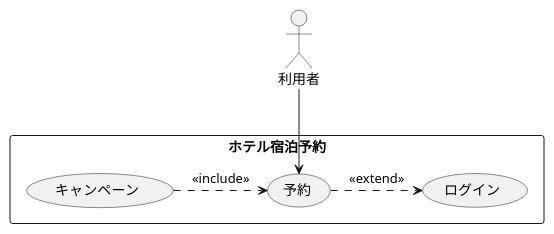
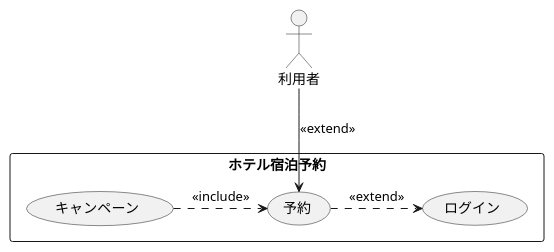
Before and after one commit to Charo249/uml_introduction: the diagram in 演習2-4_キャンペーン中のホテル宿泊予約.pu, drawn with PlantUML.

Commit message:
修正

```diff
--- a/演習2-4_キャンペーン中のホテル宿泊予約.pu
+++ b/演習2-4_キャンペーン中のホテル宿泊予約.pu
@@ -1,13 +1,13 @@
 @startuml ユースケース図
 
 actor 利用者
 
 rectangle ホテル宿泊予約{
 usecase キャンペーン
 usecase ログイン
 usecase 予約
 }
 キャンペーン.> 予約: << include >>
 予約.> ログイン: << extend >>
-利用者--> 予約
+利用者--> 予約:<< extend >>
 @enduml
```
